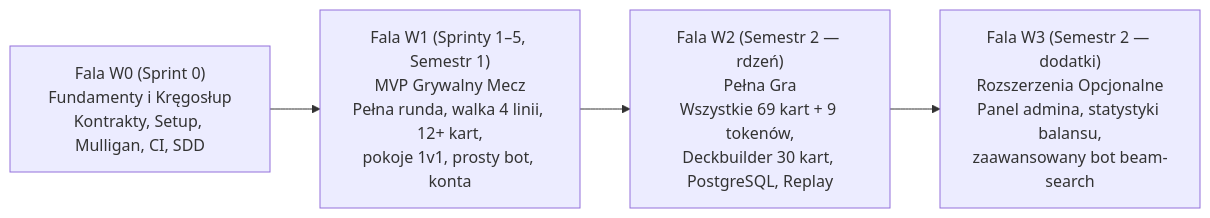
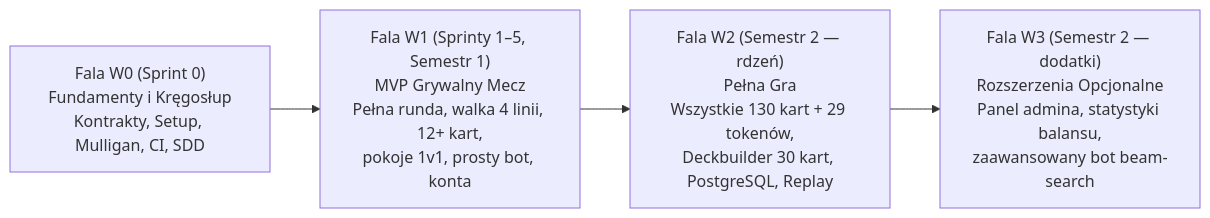
One commit to lMamacl/Rejoltance changed the diagram in .artifacts/confluence-export/01-dokumentacja-systemowa/01-prd-wymagania-produktu.md. Above: the diagram before and after it, drawn with Mermaid. The commit also changed other lines of this file and 42 other files, not shown here.

````diff
--- a/.artifacts/confluence-export/01-dokumentacja-systemowa/01-prd-wymagania-produktu.md
+++ b/.artifacts/confluence-export/01-dokumentacja-systemowa/01-prd-wymagania-produktu.md
@@ -63,6 +63,6 @@
 ```mermaid
 flowchart LR
   W0["Fala W0 (Sprint 0)<br/>Fundamenty i Kręgosłup<br/>Kontrakty, Setup, Mulligan, CI, SDD"] --> W1["Fala W1 (Sprinty 1–5, Semestr 1)<br/>MVP Grywalny Mecz<br/>Pełna runda, walka 4 linii, 12+ kart,<br/>pokoje 1v1, prosty bot, konta"]
-  W1 --> W2["Fala W2 (Semestr 2 — rdzeń)<br/>Pełna Gra<br/>Wszystkie 69 kart + 9 tokenów,<br/>Deckbuilder 30 kart, PostgreSQL, Replay"]
+  W1 --> W2["Fala W2 (Semestr 2 — rdzeń)<br/>Pełna Gra<br/>Wszystkie 130 kart + 29 tokenów,<br/>Deckbuilder 30 kart, PostgreSQL, Replay"]
   W2 --> W3["Fala W3 (Semestr 2 — dodatki)<br/>Rozszerzenia Opcjonalne<br/>Panel admina, statystyki balansu,<br/>zaawansowany bot beam-search"]
 ```
````
